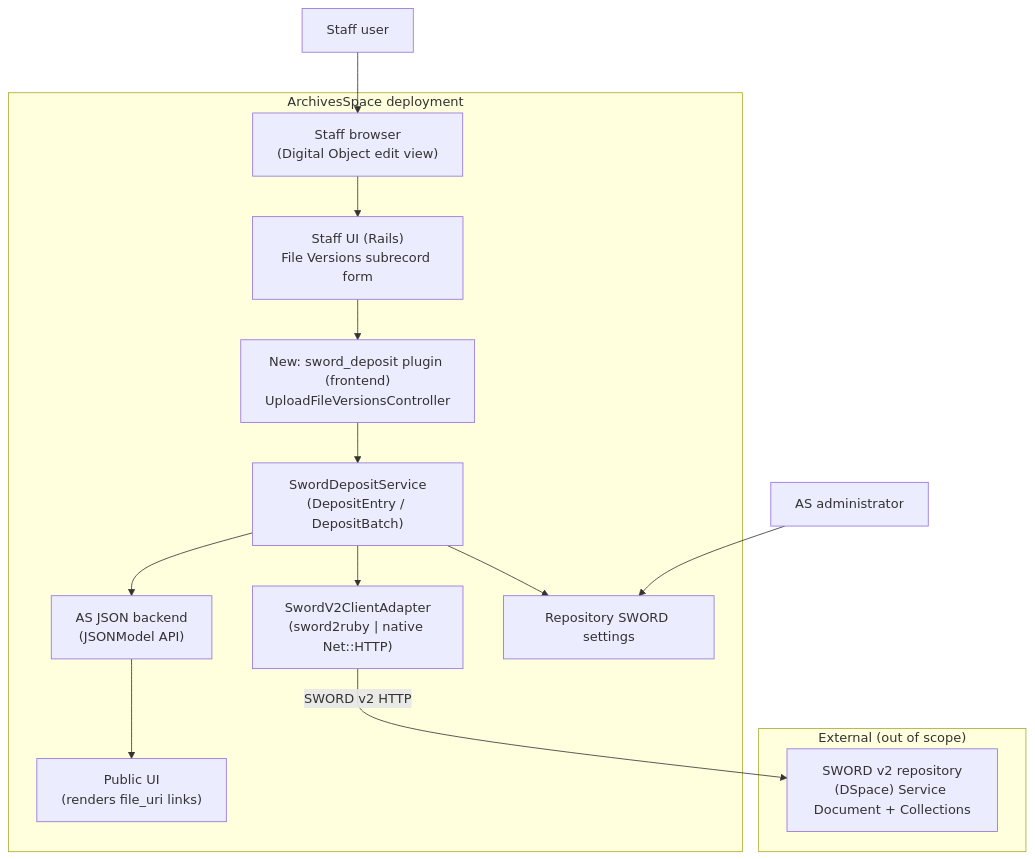
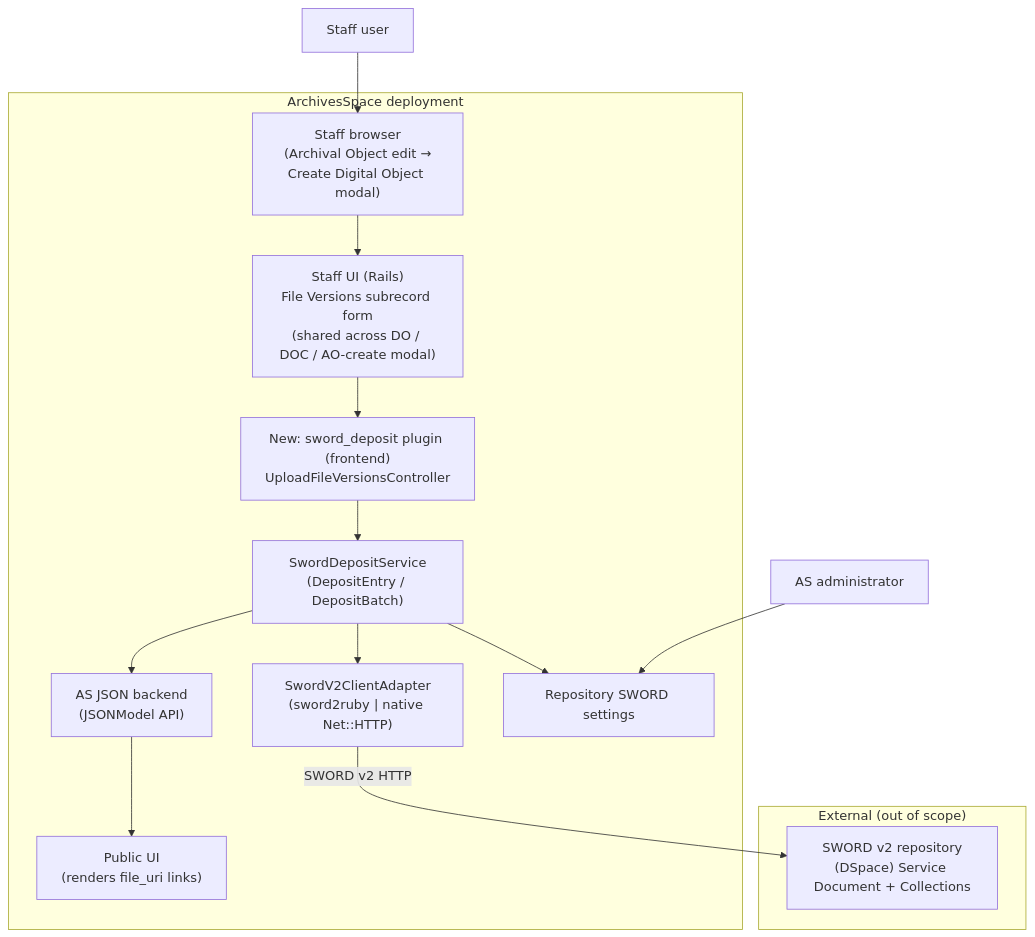
Before and after one commit to ryanttb/LyrasisInteroperabilityProject: the first of 2 diagrams in specs/A3-4-dev-high-as-sword-deposit.md, drawn with Mermaid. The commit also changed other lines of this file and 2 other files, not shown here.

Commit message:
A3-4: using archival object as top-level

````diff
--- a/specs/A3-4-dev-high-as-sword-deposit.md
+++ b/specs/A3-4-dev-high-as-sword-deposit.md
@@ -106,28 +111,28 @@
 ```mermaid
 flowchart TB
   subgraph External["External (out of scope)"]
     DS["SWORD v2 repository\n(DSpace) Service Document + Collections"]
   end
 
   subgraph ASDeploy["ArchivesSpace deployment"]
-    Browser["Staff browser\n(Digital Object edit view)"]
-    SUI["Staff UI (Rails)\nFile Versions subrecord form"]
+    Browser["Staff browser\n(Archival Object edit →\nCreate Digital Object modal)"]
+    SUI["Staff UI (Rails)\nFile Versions subrecord form\n(shared across DO / DOC / AO-create modal)"]
     Plugin["New: sword_deposit plugin (frontend)\nUploadFileVersionsController"]
     Svc["SwordDepositService\n(DepositEntry / DepositBatch)"]
     Adapter["SwordV2ClientAdapter\n(sword2ruby | native Net::HTTP)"]
     Backend["AS JSON backend\n(JSONModel API)"]
     PUI["Public UI\n(renders file_uri links)"]
     Cfg["Repository SWORD settings"]
   end
 
   Staff["Staff user"] --> Browser
   Admin["AS administrator"] --> Cfg
   Browser --> SUI
   SUI --> Plugin
   Plugin --> Svc
   Svc --> Adapter
   Adapter -->|"SWORD v2 HTTP"| DS
   Svc --> Backend
   Backend --> PUI
   Svc --> Cfg
 ```
````
